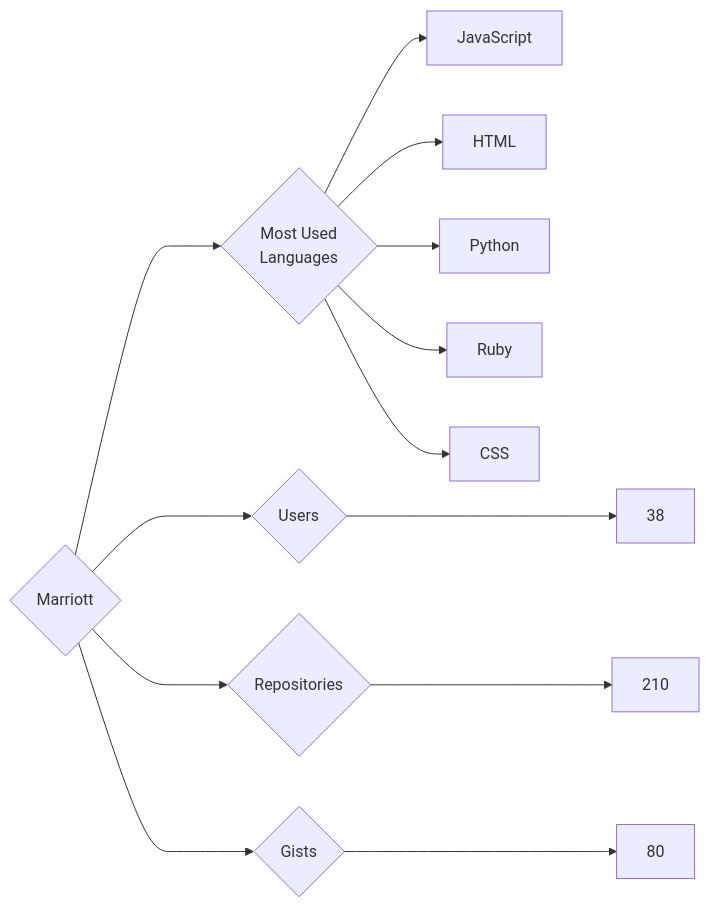
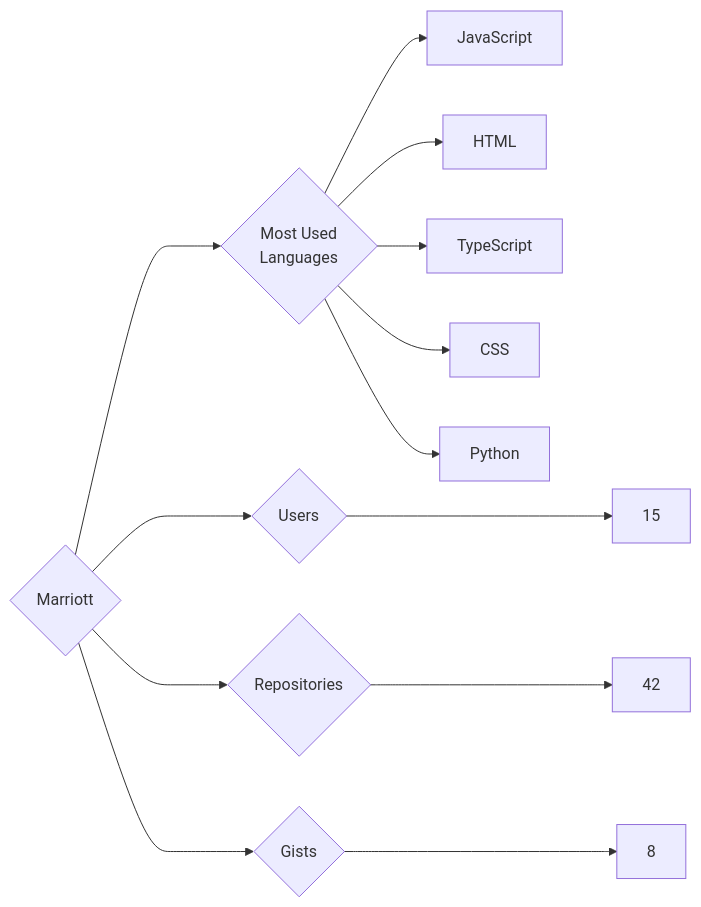
The diagram in targets/Marriott/README.md (trickest/insiders), drawn with Mermaid before and after one commit. The commit also changed 928 other files, not shown here.

````diff
--- a/targets/Marriott/README.md
+++ b/targets/Marriott/README.md
@@ -3,13 +3,13 @@
 ```mermaid
 graph LR
 COMPANY_NAME{Marriott}
-COMPANY_NAME ---> U{Users} ---> UN[38]
-COMPANY_NAME ---> R{Repositories} ---> RN[210]
-COMPANY_NAME ---> G{Gists} ---> GN[80]
+COMPANY_NAME ---> U{Users} ---> UN[15]
+COMPANY_NAME ---> R{Repositories} ---> RN[42]
+COMPANY_NAME ---> G{Gists} ---> GN[8]
 COMPANY_NAME ---> ML{Most Used<br>Languages}
 ML --> JavaScript[JavaScript]
 ML --> HTML[HTML]
+ML --> TypeScript[TypeScript]
+ML --> CSS[CSS]
 ML --> Python[Python]
-ML --> Ruby[Ruby]
-ML --> CSS[CSS]
 ```
````
